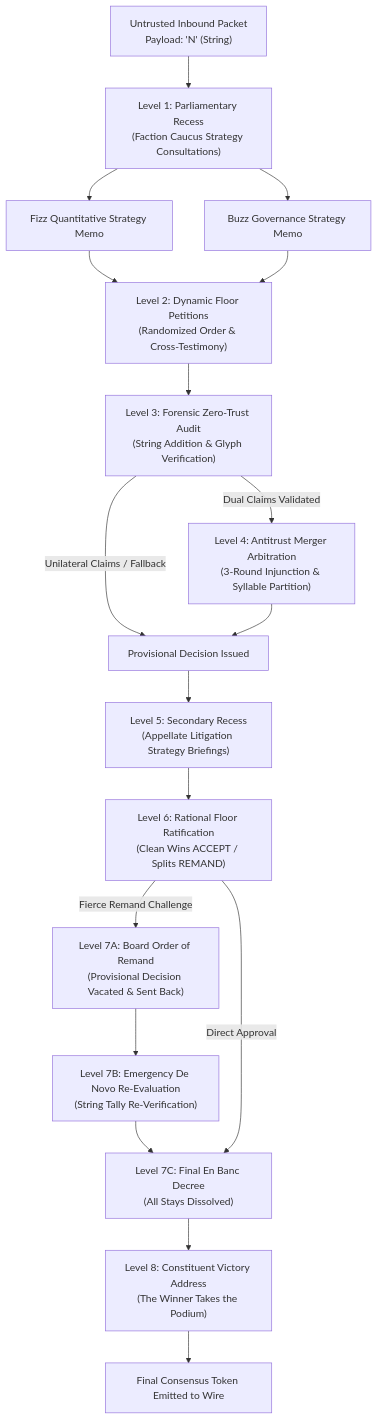
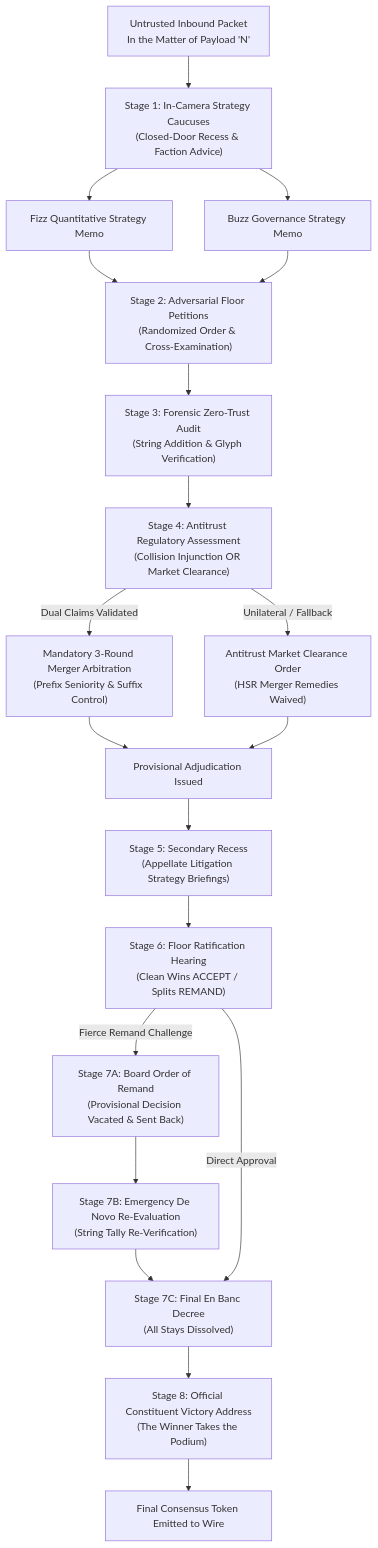
The diagram in README.md (adamoutler/byzantine-fizzbuzz), drawn with Mermaid before and after one commit. The commit also changed other lines of this file and 2 other files, not shown here.

Commit message:
feat: replace 'Level' with 'Stage', add universal Stage 4 Antitrust review, and explicitly frame each stage 'In the Matter of Payload N'

````diff
--- a/README.md
+++ b/README.md
@@ -29,28 +30,32 @@
 ```mermaid
 flowchart TD
-    Ingest["Untrusted Inbound Packet<br>Payload: 'N' (String)"] --> Recess1["Level 1: Parliamentary Recess<br>(Faction Caucus Strategy Consultations)"]
+    Ingest["Untrusted Inbound Packet<br>In the Matter of Payload 'N'"] --> Recess1["Stage 1: In-Camera Strategy Caucuses<br>(Closed-Door Recess & Faction Advice)"]
     
     Recess1 --> F1["Fizz Quantitative Strategy Memo"]
     Recess1 --> B1["Buzz Governance Strategy Memo"]
     
-    F1 --> Floor["Level 2: Dynamic Floor Petitions<br>(Randomized Order & Cross-Testimony)"]
+    F1 --> Floor["Stage 2: Adversarial Floor Petitions<br>(Randomized Order & Cross-Examination)"]
     B1 --> Floor
     
-    Floor --> Audit["Level 3: Forensic Zero-Trust Audit<br>(String Addition & Glyph Verification)"]
+    Floor --> Audit["Stage 3: Forensic Zero-Trust Audit<br>(String Addition & Glyph Verification)"]
     
-    Audit -- "Dual Claims Validated" --> Merger["Level 4: Antitrust Merger Arbitration<br>(3-Round Injunction & Syllable Partition)"]
-    Audit -- "Unilateral Claims / Fallback" --> ProvDecision["Provisional Decision Issued"]
-    Merger --> ProvDecision
+    Audit --> Antitrust["Stage 4: Antitrust Regulatory Assessment<br>(Collision Injunction OR Market Clearance)"]
     
-    ProvDecision --> Recess2["Level 5: Secondary Recess<br>(Appellate Litigation Strategy Briefings)"]
-    Recess2 --> Ratify["Level 6: Rational Floor Ratification<br>(Clean Wins ACCEPT / Splits REMAND)"]
+    Antitrust -- "Dual Claims Validated" --> Merger["Mandatory 3-Round Merger Arbitration<br>(Prefix Seniority & Suffix Control)"]
+    Antitrust -- "Unilateral / Fallback" --> Clearance["Antitrust Market Clearance Order<br>(HSR Merger Remedies Waived)"]
     
-    Ratify -- "Fierce Remand Challenge" --> Remand["Level 7A: Board Order of Remand<br>(Provisional Decision Vacated & Sent Back)"]
-    Remand --> DeNovo["Level 7B: Emergency De Novo Re-Evaluation<br>(String Tally Re-Verification)"]
-    DeNovo --> EnBanc["Level 7C: Final En Banc Decree<br>(All Stays Dissolved)"]
+    Merger --> ProvDecision["Provisional Adjudication Issued"]
+    Clearance --> ProvDecision
+    
+    ProvDecision --> Recess2["Stage 5: Secondary Recess<br>(Appellate Litigation Strategy Briefings)"]
+    Recess2 --> Ratify["Stage 6: Floor Ratification Hearing<br>(Clean Wins ACCEPT / Splits REMAND)"]
+    
+    Ratify -- "Fierce Remand Challenge" --> Remand["Stage 7A: Board Order of Remand<br>(Provisional Decision Vacated & Sent Back)"]
+    Remand --> DeNovo["Stage 7B: Emergency De Novo Re-Evaluation<br>(String Tally Re-Verification)"]
+    DeNovo --> EnBanc["Stage 7C: Final En Banc Decree<br>(All Stays Dissolved)"]
     
     Ratify -- "Direct Approval" --> EnBanc
     
-    EnBanc --> Podium["Level 8: Constituent Victory Address<br>(The Winner Takes the Podium)"]
+    EnBanc --> Podium["Stage 8: Official Constituent Victory Address<br>(The Winner Takes the Podium)"]
     Podium --> Wire["Final Consensus Token Emitted to Wire"]
 ```
````
